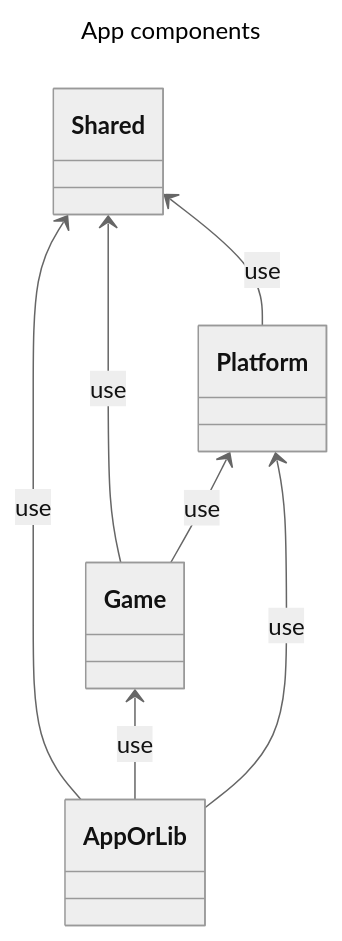
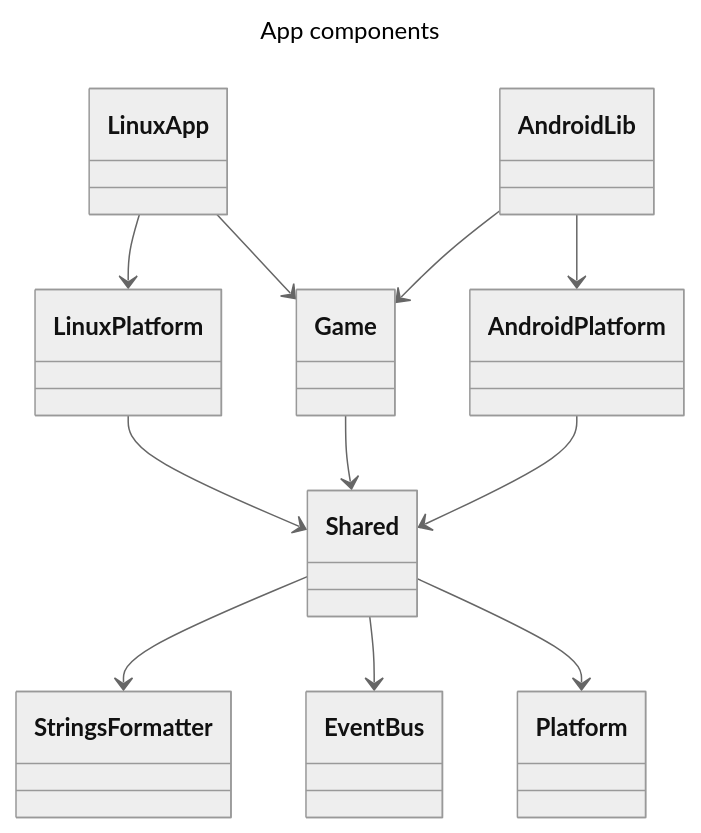
The diagram in app/src/main/cpp/README.md (simonppg/Break_it_all), drawn with Mermaid (neutral theme) before and after one commit. The commit also changed 28 other files, not shown here.

Commit message:
refactor(eventbus): rename EventBus directory

````diff
--- a/app/src/main/cpp/README.md
+++ b/app/src/main/cpp/README.md
@@ -3,12 +3,17 @@
 ```mermaid
 ---
 title: App components
 ---
 classDiagram
-  Shared <-- Game : use
-  Shared <-- AppOrLib : use
-  Game <-- AppOrLib : use
-  Platform <-- AppOrLib : use
-  Platform <-- Game : use
-  Shared <-- Platform : use
+direction BT
+  StringsFormatter <-- Shared
+  EventBus <-- Shared
+  Platform <-- Shared
+  Shared <-- LinuxPlatform
+  Shared <-- Game
+  Shared <-- AndroidPlatform
+  Game <-- LinuxApp
+  Game <-- AndroidLib
+  LinuxPlatform <-- LinuxApp
+  AndroidPlatform <-- AndroidLib
 ```
````
